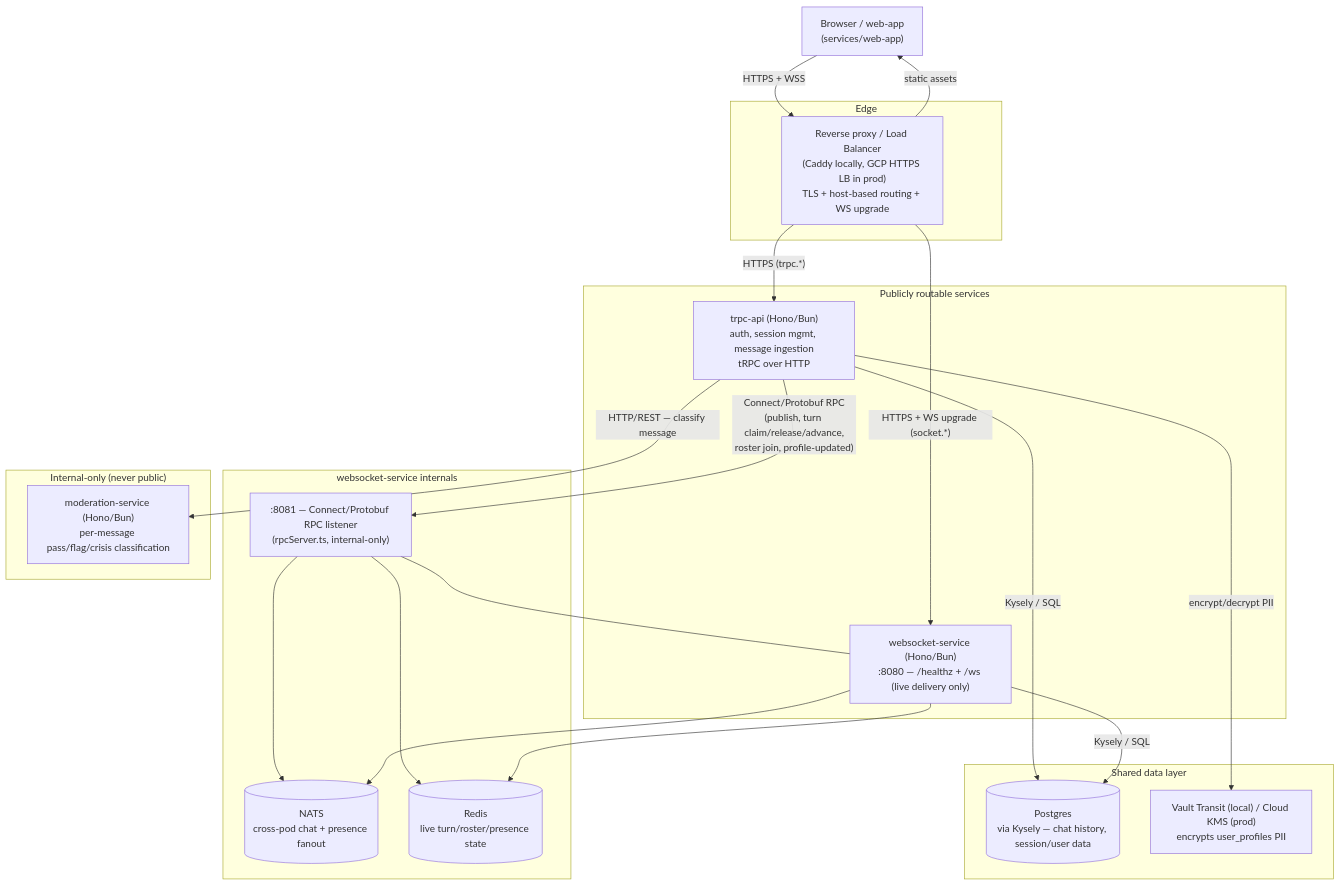
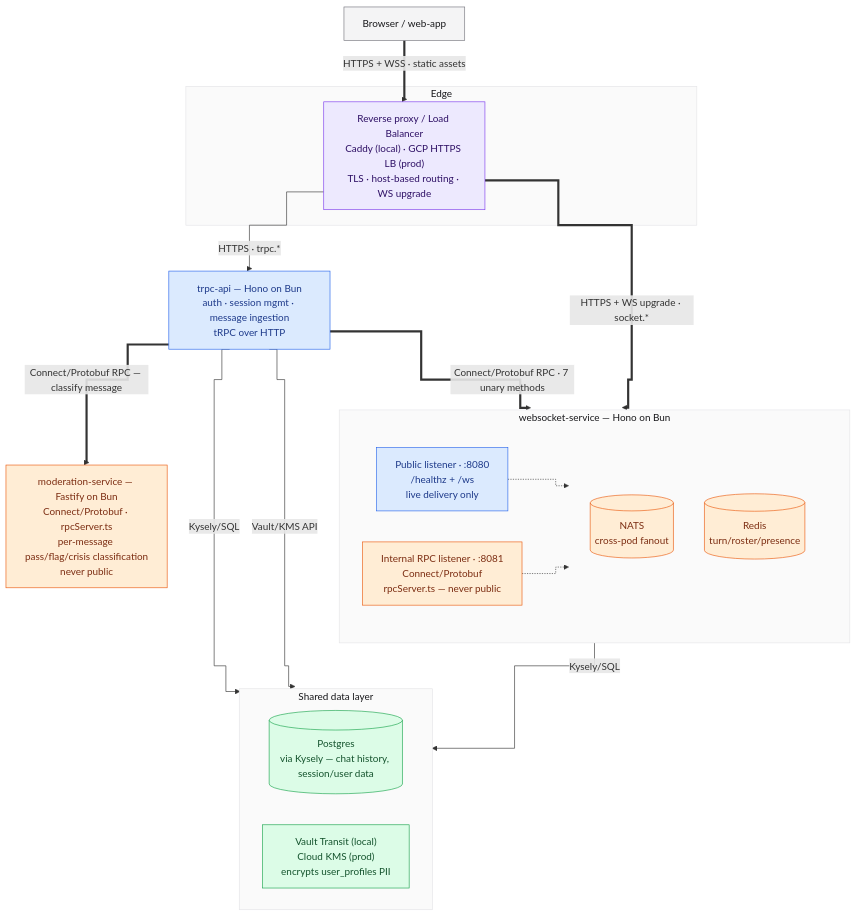
One commit to Selkomark/MinCirklen.dk changed the diagram in ARCHITECTURE.md. Above: the diagram before and after it, drawn with Mermaid. The commit also changed other lines of this file and 46 other files, not shown here.

````diff
--- a/ARCHITECTURE.md
+++ b/ARCHITECTURE.md
@@ -24,45 +22,54 @@
 ```mermaid
+%%{init: {"flowchart": {"curve": "step"}}}%%
 flowchart TB
-    Browser["Browser / web-app<br/>(services/web-app)"]
+    classDef client fill:#f4f4f5,stroke:#71717a,color:#18181b
+    classDef edge fill:#ede9fe,stroke:#7c3aed,color:#2e1065
+    classDef public fill:#dbeafe,stroke:#2563eb,color:#1e3a8a
+    classDef internal fill:#ffedd5,stroke:#ea580c,color:#7c2d12
+    classDef data fill:#dcfce7,stroke:#16a34a,color:#14532d
 
-    subgraph Edge["Edge"]
-        LB["Reverse proxy / Load Balancer<br/>(Caddy locally, GCP HTTPS LB in prod)<br/>TLS + host-based routing + WS upgrade"]
+    Browser["Browser / web-app"]:::client
+
+    subgraph EdgeGroup["Edge"]
+        LB["Reverse proxy / Load Balancer<br/>Caddy (local) · GCP HTTPS LB (prod)<br/>TLS · host-based routing · WS upgrade"]:::edge
     end
 
-    subgraph Public["Publicly routable services"]
-        TRPC["trpc-api (Hono/Bun)<br/>auth, session mgmt, message ingestion<br/>tRPC over HTTP"]
-        WS["websocket-service (Hono/Bun)<br/>:8080 — /healthz + /ws (live delivery only)"]
+    TRPC["trpc-api — Hono on Bun<br/>auth · session mgmt · message ingestion<br/>tRPC over HTTP"]:::public
+
+    subgraph WsGroup["websocket-service — Hono on Bun"]
+        direction LR
+        WS["Public listener · :8080<br/>/healthz + /ws<br/>live delivery only"]:::public
+        RPC["Internal RPC listener · :8081<br/>Connect/Protobuf<br/>rpcServer.ts — never public"]:::internal
+        subgraph WsState[" "]
+            direction TB
+            NATS[("NATS<br/>cross-pod fanout")]:::internal
+            Redis[("Redis<br/>turn/roster/presence")]:::internal
+        end
+        WS -.-> WsState
+        RPC -.-> WsState
     end
 
-    subgraph WSInternal["websocket-service internals"]
-        RPC[":8081 — Connect/Protobuf RPC listener<br/>(rpcServer.ts, internal-only)"]
-        NATS[("NATS<br/>cross-pod chat + presence fanout")]
-        Redis[("Redis<br/>live turn/roster/presence state")]
+    subgraph DataGroup["Shared data layer"]
+        direction LR
+        PG[("Postgres<br/>via Kysely — chat history, session/user data")]:::data
+        KMS["Vault Transit (local)<br/>Cloud KMS (prod)<br/>encrypts user_profiles PII"]:::data
     end
 
-    subgraph Private["Internal-only (never public)"]
-        Mod["moderation-service (Hono/Bun)<br/>per-message pass/flag/crisis classification"]
-    end
+    Mod["moderation-service — Fastify on Bun<br/>Connect/Protobuf · rpcServer.ts<br/>per-message pass/flag/crisis classification<br/>never public"]:::internal
 
-    subgraph Data["Shared data layer"]
-        PG[("Postgres<br/>via Kysely — chat history, session/user data")]
-        KMS["Vault Transit (local) / Cloud KMS (prod)<br/>encrypts user_profiles PII"]
-    end
+    Browser == "HTTPS + WSS · static assets" ==> LB
+    LB -- "HTTPS · trpc.*" --> TRPC
+    LB == "HTTPS + WS upgrade · socket.*" ==> WS
 
-    Browser -- "HTTPS + WSS" --> LB
-    LB -- "static assets" --> Browser
-    LB -- "HTTPS (trpc.*)" --> TRPC
-    LB -- "HTTPS + WS upgrade (socket.*)" --> WS
+    TRPC == "Connect/Protobuf RPC — classify message" ==> Mod
+    TRPC == "Connect/Protobuf RPC · 7 unary methods" ==> RPC
 
-    TRPC -- "HTTP/REST — classify message" --> Mod
-    TRPC -- "Connect/Protobuf RPC<br/>(publish, turn claim/release/advance,<br/>roster join, profile-updated)" --> RPC
-    RPC --- WS
-    RPC --> NATS
-    RPC --> Redis
-    WS --> NATS
-    WS --> Redis
+    TRPC -- "Kysely/SQL" --> PG
+    WS -- "Kysely/SQL" --> PG
+    TRPC -- "Vault/KMS API" --> KMS
 
-    TRPC -- "Kysely / SQL" --> PG
-    WS -- "Kysely / SQL" --> PG
-    TRPC -- "encrypt/decrypt PII" --> KMS
+    style EdgeGroup fill:#fafafa,stroke:#e4e4e7,color:#18181b
+    style WsGroup fill:#fafafa,stroke:#e4e4e7,color:#18181b
+    style DataGroup fill:#fafafa,stroke:#e4e4e7,color:#18181b
+    style WsState fill:none,stroke:none
 ```
````
